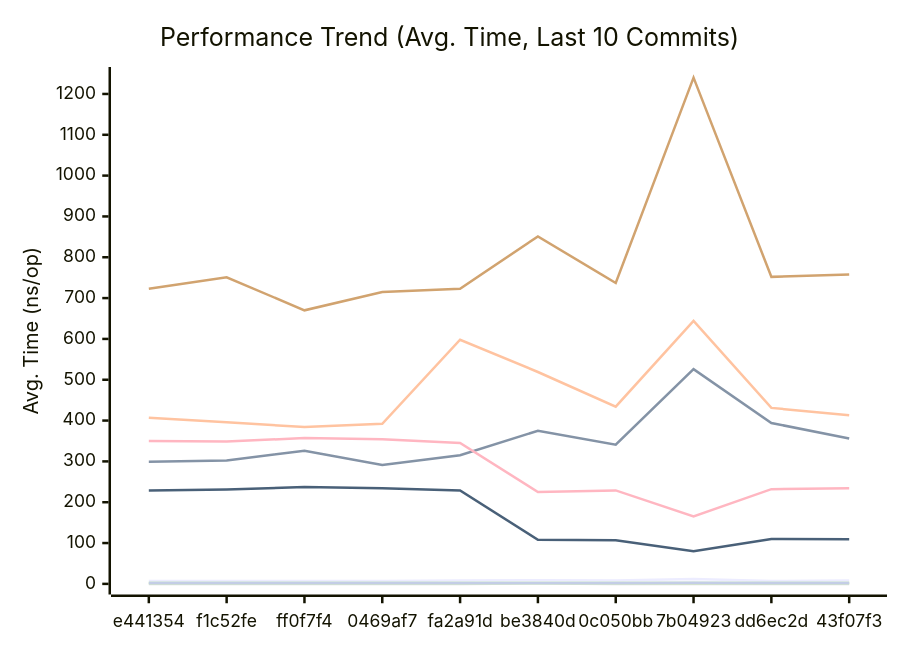
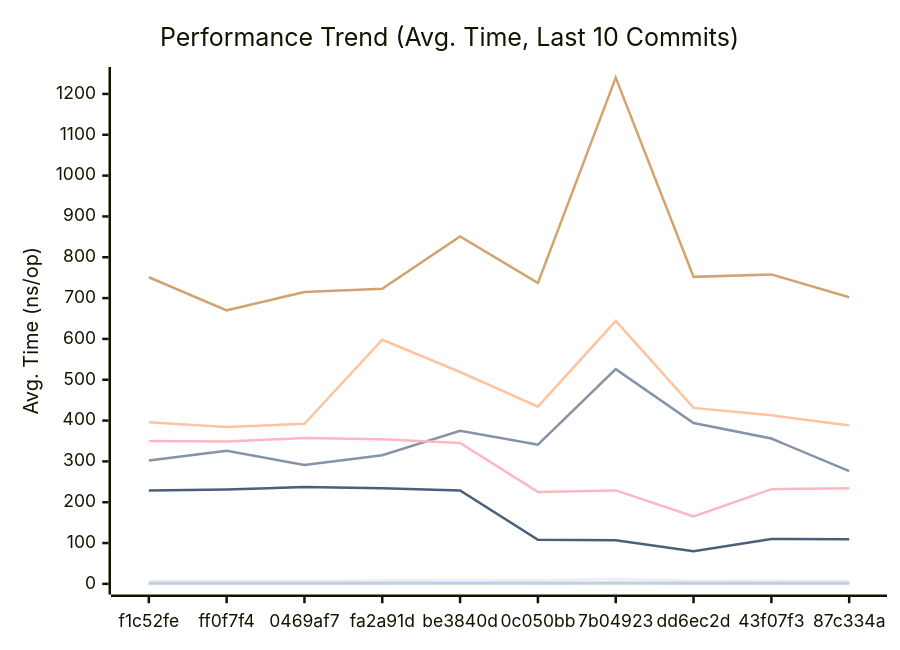
One commit to alsotoes/momo changed the first of 3 diagrams in docs/PERFORMANCE.md. Above: the diagram before and after it, drawn with Mermaid. The commit also changed other lines of this file and 3 other files, not shown here.

````diff
--- a/docs/PERFORMANCE.md
+++ b/docs/PERFORMANCE.md
@@ -80,16 +80,16 @@
 ```mermaid
 xychart-beta
     title "Performance Trend (Avg. Time, Last 10 Commits)"
     x-axis "Commit"
     y-axis "Avg. Time (ns/op)"
-    x-axis [e441354,f1c52fe,ff0f7f4,0469af7,fa2a91d,be3840d,0c050bb,7b04923,dd6ec2d,43f07f3]
-    line "CheckMetricsAndSwap" [7,7,7,7,8,9,8,12,7,8]
-    line "CrushOptimized" [299,302,326,291,315,375,341,526,394,356]
-    line "CrushOriginal" [407,396,384,392,598,519,434,644,431,413]
-    line "IndexDirectTracking" [0,0,0,0,0,1,0,0,0,0]
+    x-axis [f1c52fe,ff0f7f4,0469af7,fa2a91d,be3840d,0c050bb,7b04923,dd6ec2d,43f07f3,87c334a]
+    line "CheckMetricsAndSwap" [7,7,7,8,9,8,12,7,8,7]
+    line "CrushOptimized" [302,326,291,315,375,341,526,394,356,276]
+    line "CrushOriginal" [396,384,392,598,519,434,644,431,413,388]
+    line "IndexDirectTracking" [0,0,0,0,1,0,0,0,0,0]
     line "IndexSearch" [2,2,2,2,2,2,2,2,2,2]
-    line "LoadGlobalConfig" [723,751,670,715,723,851,737,1240,752,758]
-    line "PadString" [2,2,2,2,2,2,2,3,2,2]
+    line "LoadGlobalConfig" [751,670,715,723,851,737,1240,752,758,702]
+    line "PadString" [2,2,2,2,2,2,3,2,2,2]
     line "ParseReplicationOrder_NoPrealloc" [350,349,357,354,345,225,229,165,232,234]
     line "ParseReplicationOrder_Prealloc" [229,231,237,234,229,108,107,80,110,109]
 ```
````
